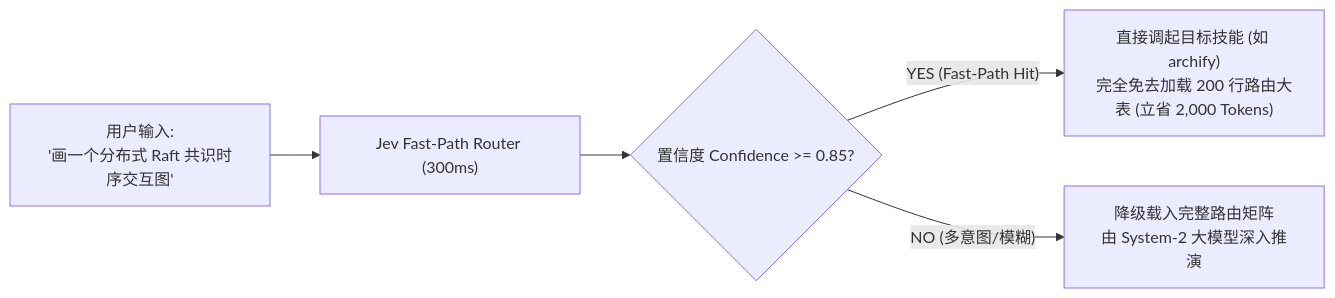
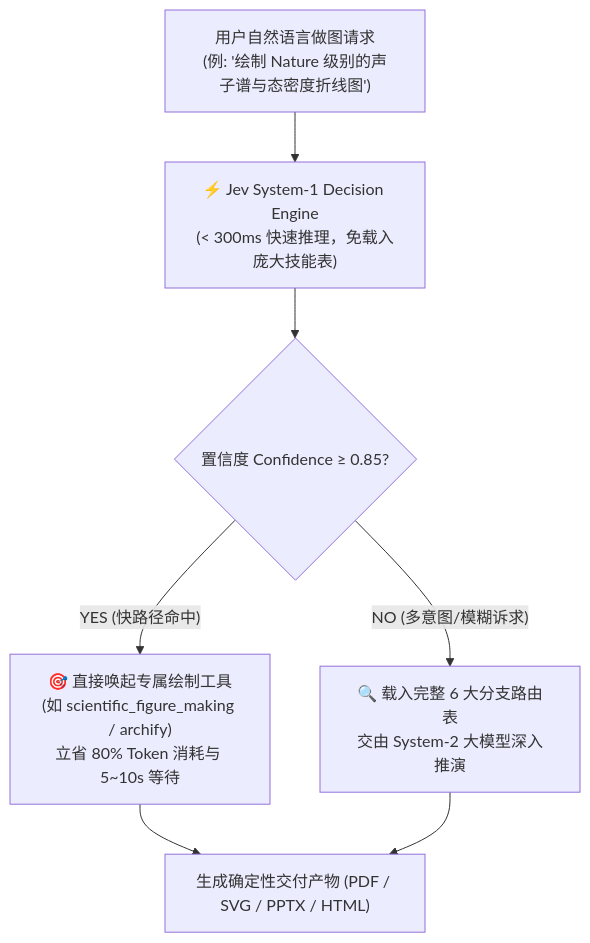
One commit to hoangngochuong24947-gif/jev-figure-router changed the diagram in README.md. Above: the diagram before and after it, drawn with Mermaid. The commit also changed other lines of this file and 8 other files, not shown here.

````diff
--- a/README.md
+++ b/README.md
@@ -34,7 +42,12 @@
 ```mermaid
-flowchart LR
-    UserQuery["用户输入:\n'画一个分布式 Raft 共识时序交互图'"] --> FastRoute["Jev Fast-Path Router (300ms)"]
-    FastRoute --> Check{"置信度 Confidence >= 0.85?"}
-    Check -->|"YES (Fast-Path Hit)"| DirectTool["直接调起目标技能 (如 archify)\n完全免去加载 200 行路由大表 (立省 2,000 Tokens)"]
-    Check -->|"NO (多意图/模糊)"| Fallback["降级载入完整路由矩阵\n由 System-2 大模型深入推演"]
+flowchart TD
+    UserReq["用户自然语言做图请求\n(例: '绘制 Nature 级别的声子谱与态密度折线图')"] --> JevGate["⚡ Jev System-1 Decision Engine\n(&lt; 300ms 快速推理，免载入庞大技能表)"]
+    
+    JevGate --> ConfJudge{"置信度 Confidence &ge; 0.85?"}
+    
+    ConfJudge -->|"YES (快路径命中)"| DirectExec["🎯 直接唤起专属绘制工具\n(如 scientific_figure_making / archify)\n立省 80% Token 消耗与 5~10s 等待"]
+    ConfJudge -->|"NO (多意图/模糊诉求)"| FallbackMatrix["🔍 载入完整 6 大分支路由表\n交由 System-2 大模型深入推演"]
+    
+    DirectExec --> OutputFile["生成确定性交付产物 (PDF / SVG / PPTX / HTML)"]
+    FallbackMatrix --> OutputFile
 ```
````
